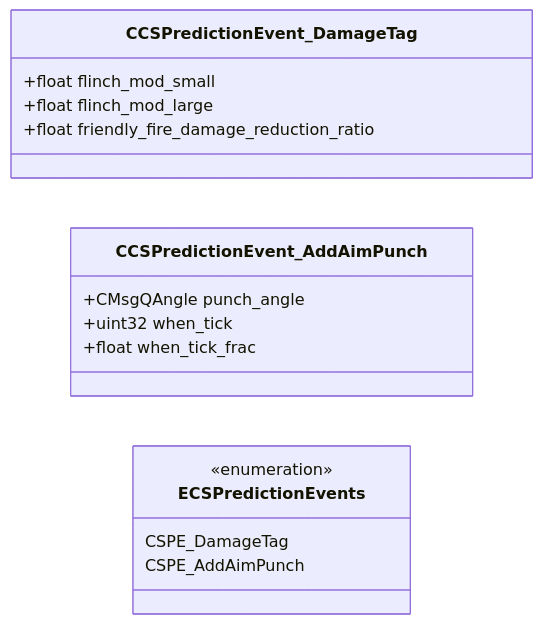
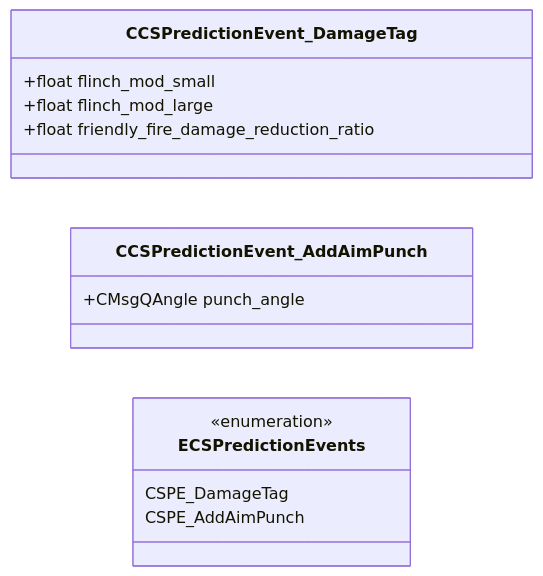
Before and after one commit to sid2934/CS2-OpenDevDocs: the diagram in docs/proto/cs_prediction_events.md, drawn with Mermaid. The commit also changed other lines of this file and 45 other files, not shown here.

````diff
--- a/docs/proto/cs_prediction_events.md
+++ b/docs/proto/cs_prediction_events.md
@@ -14,23 +14,21 @@
 ```mermaid
 classDiagram
 direction LR
 
   class CCSPredictionEvent_DamageTag {
     +float flinch_mod_small
     +float flinch_mod_large
     +float friendly_fire_damage_reduction_ratio
   }
 
   class CCSPredictionEvent_AddAimPunch {
     +CMsgQAngle punch_angle
-    +uint32 when_tick
-    +float when_tick_frac
   }
 
   class ECSPredictionEvents{
     <<enumeration>>
     CSPE_DamageTag
     CSPE_AddAimPunch
   }
 
 ```
````
